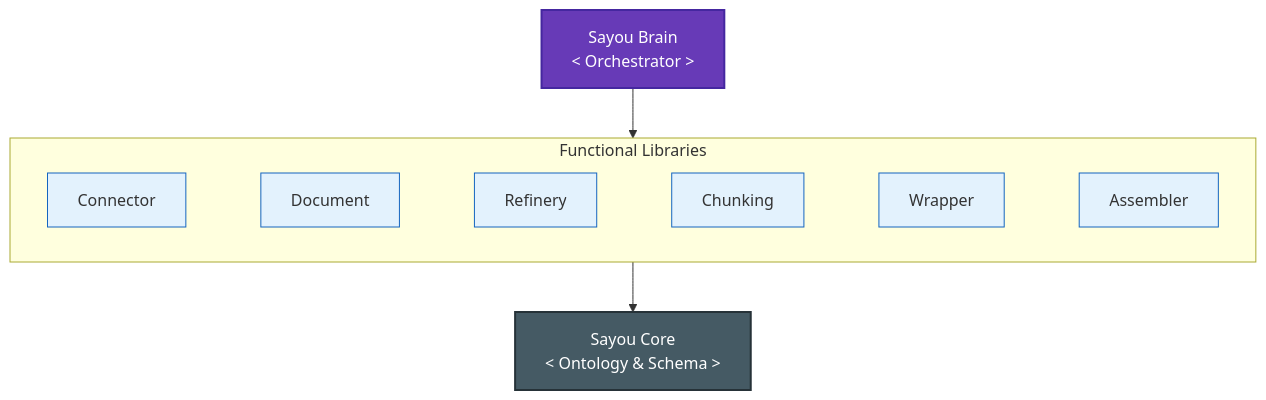
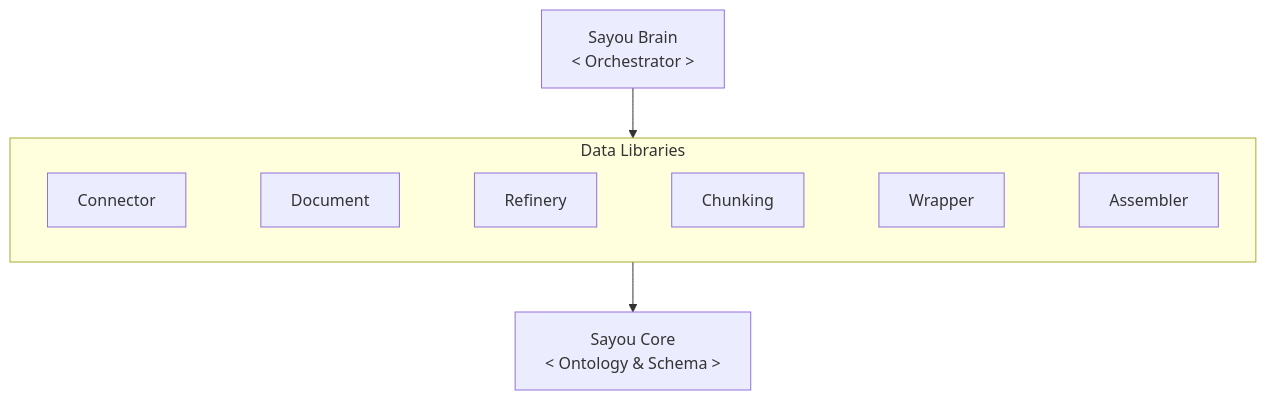
Before and after one commit to sayouzone/sayou-fabric: the first of 3 diagrams in README.md, drawn with Mermaid. The commit also changed other lines of this file and 1 other file, not shown here.

````diff
--- a/README.md
+++ b/README.md
@@ -44,34 +46,29 @@
 ```mermaid
 graph TD
-    %% 스타일 정의
-    classDef brain fill:#673ab7,stroke:#4527a0,color:white,stroke-width:2px;
-    classDef modules fill:#e3f2fd,stroke:#1565c0,stroke-width:1px;
-    classDef core fill:#455a64,stroke:#263238,color:white,stroke-width:2px;
-
     %% 노드 정의
     Brain[Sayou Brain
     < Orchestrator >]:::brain
     
-    subgraph Libs [Functional Libraries]
+    subgraph Libs [Data Libraries]
         direction LR
         Conn[Connector]
         Doc[Document]
         Ref[Refinery]
         Chunk[Chunking]
         Wrap[Wrapper]
         Assem[Assembler]
     end
     
     Core[Sayou Core
     < Ontology & Schema >]:::core
 
     %% 연결
     Brain --> Libs
     Libs --> Core
     
     %% 정렬 힌트 (Libs 내부)
     Conn ~~~ Doc ~~~ Ref ~~~ Chunk ~~~ Wrap ~~~ Assem
 
     %% 스타일 적용
     class Conn,Doc,Ref,Chunk,Wrap,Assem modules
 ```
````
